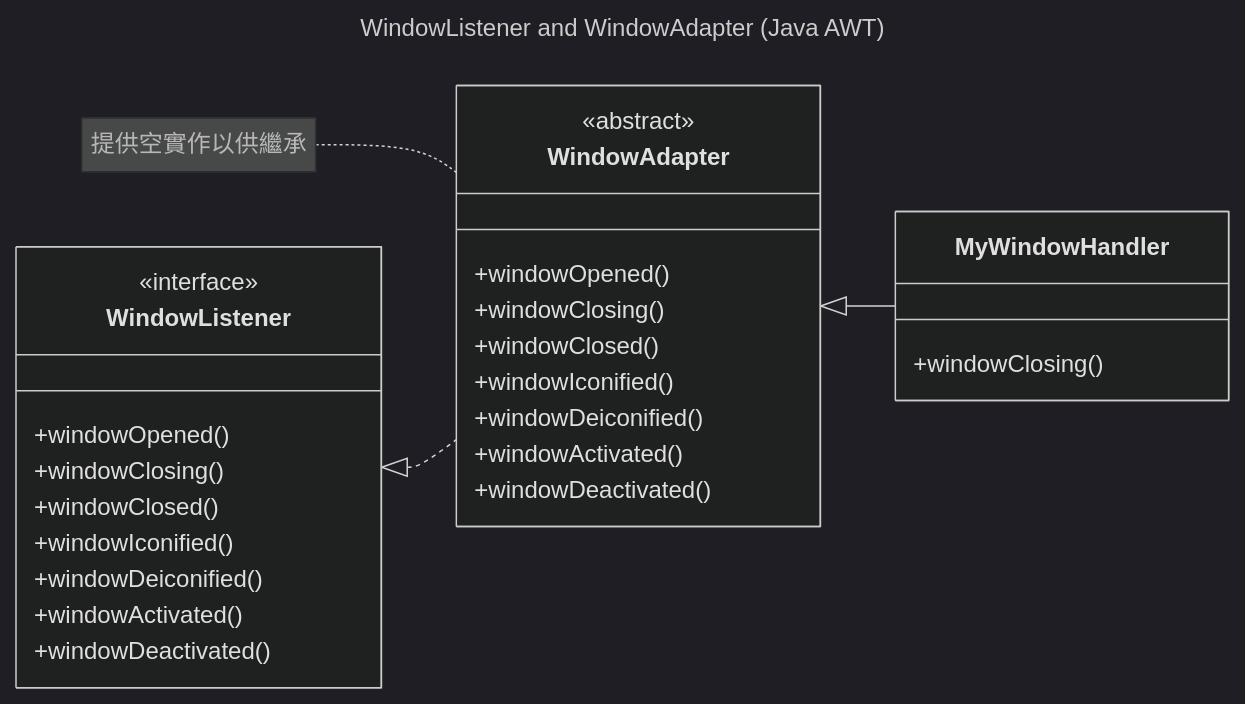
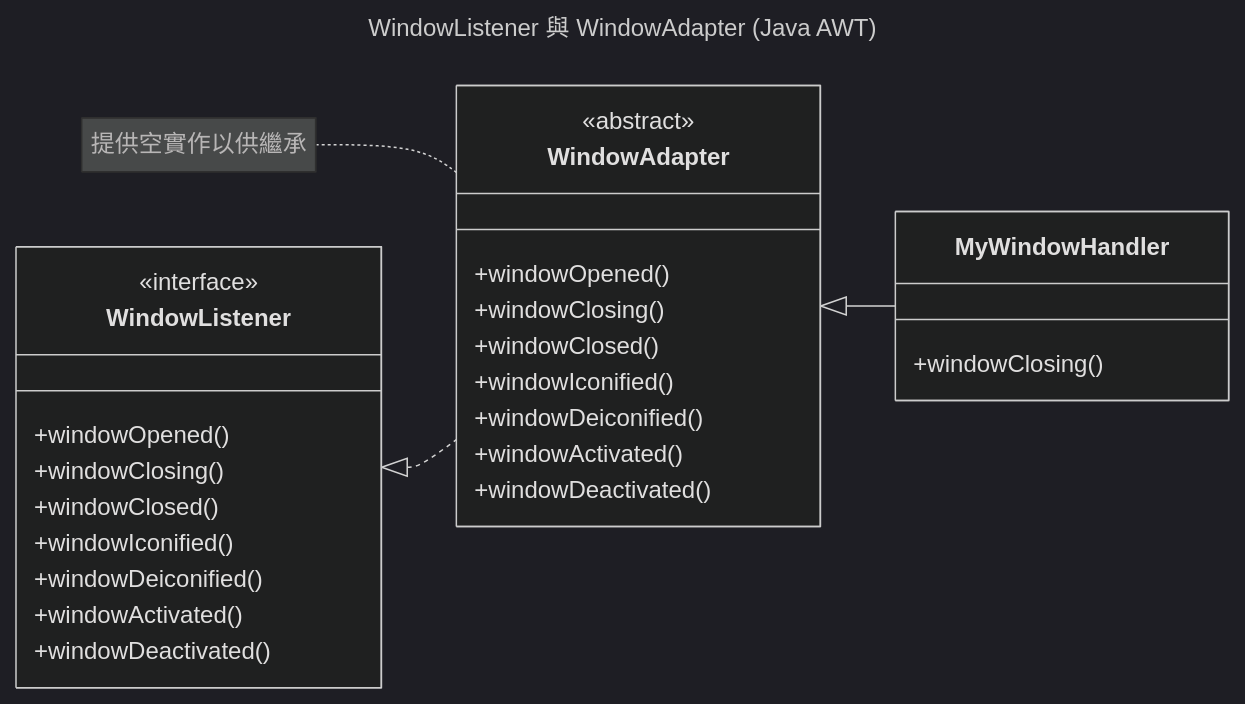
Before and after one commit to nlhsueh/teach_sw_fw: diagram 11 of 17 in Part3_Principle/ch08_oo.md, drawn with Mermaid (dark theme). The commit also changed other lines of this file and 1 other file, not shown here.

Commit message:
style: translate diagram titles and notes to Chinese in ch07 and ch08

````diff
--- a/Part3_Principle/ch08_oo.md
+++ b/Part3_Principle/ch08_oo.md
@@ -626,34 +622,34 @@
 ```mermaid
 ---
-title: WindowListener and WindowAdapter (Java AWT)
+title: WindowListener 與 WindowAdapter (Java AWT)
 ---
 classDiagram
     direction LR
     class WindowListener {
         <<interface>>
         +windowOpened()
         +windowClosing()
         +windowClosed()
         +windowIconified()
         +windowDeiconified()
         +windowActivated()
         +windowDeactivated()
     }
     class WindowAdapter {
         <<abstract>>
         +windowOpened()
         +windowClosing()
         +windowClosed()
         +windowIconified()
         +windowDeiconified()
         +windowActivated()
         +windowDeactivated()
     }
     class MyWindowHandler {
         +windowClosing()
     }
     WindowListener <|.. WindowAdapter
     WindowAdapter <|-- MyWindowHandler
 
     note for WindowAdapter "提供空實作以供繼承"
 ```
````
